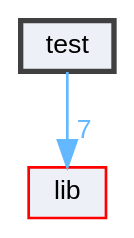
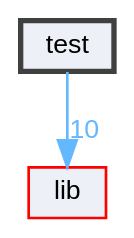
The diagram in dir_13e138d54eb8818da29c3992edef070a_dep.dot (helcsnewsxd/gsc-interpreter), drawn with Graphviz before and after one commit. The commit also changed 91 other files, not shown here.

```diff
--- a/dir_13e138d54eb8818da29c3992edef070a_dep.dot
+++ b/dir_13e138d54eb8818da29c3992edef070a_dep.dot
@@ -1,11 +1,11 @@
 digraph "test"
 {
  // LATEX_PDF_SIZE
   bgcolor="transparent";
   edge [fontname=Helvetica,fontsize=10,labelfontname=Helvetica,labelfontsize=10];
   node [fontname=Helvetica,fontsize=10,shape=box,height=0.2,width=0.4];
   compound=true
   dir_13e138d54eb8818da29c3992edef070a [label="test", fillcolor="#edf0f7", color="grey25", style="filled,bold", URL="dir_13e138d54eb8818da29c3992edef070a.html",tooltip=""];
   dir_97aefd0d527b934f1d99a682da8fe6a9 [label="lib", fillcolor="#edf0f7", color="red", style="filled", URL="dir_97aefd0d527b934f1d99a682da8fe6a9.html",tooltip=""];
-  dir_13e138d54eb8818da29c3992edef070a->dir_97aefd0d527b934f1d99a682da8fe6a9 [headlabel="7", labeldistance=1.5 headhref="dir_000006_000004.html" href="dir_000006_000004.html" color="steelblue1" fontcolor="steelblue1"];
+  dir_13e138d54eb8818da29c3992edef070a->dir_97aefd0d527b934f1d99a682da8fe6a9 [headlabel="10", labeldistance=1.5 headhref="dir_000006_000004.html" href="dir_000006_000004.html" color="steelblue1" fontcolor="steelblue1"];
 }
```
